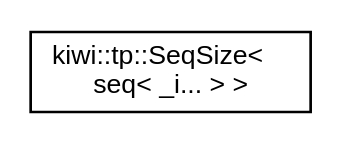
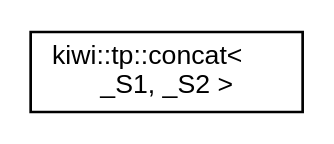
Before and after one commit to mrchypark/Kiwi: the diagram in inherit_graph_39.dot, drawn with Graphviz. The commit also changed 286 other files, not shown here.

```diff
--- a/inherit_graph_39.dot
+++ b/inherit_graph_39.dot
@@ -1,8 +1,8 @@
 digraph "Graphical Class Hierarchy"
 {
  // LATEX_PDF_SIZE
   edge [fontname="Helvetica",fontsize="10",labelfontname="Helvetica",labelfontsize="10"];
   node [fontname="Helvetica",fontsize="10",shape=record];
   rankdir="LR";
-  Node0 [label="kiwi::tp::SeqSize\<\l seq\< _i... \> \>",height=0.2,width=0.4,color="black", fillcolor="white", style="filled",URL="$structkiwi_1_1tp_1_1SeqSize_3_01seq_3_01__i_8_8_8_01_4_01_4.html",tooltip=" "];
+  Node0 [label="kiwi::tp::concat\< \l_S1, _S2 \>",height=0.2,width=0.4,color="black", fillcolor="white", style="filled",URL="$structkiwi_1_1tp_1_1concat.html",tooltip=" "];
 }
```
